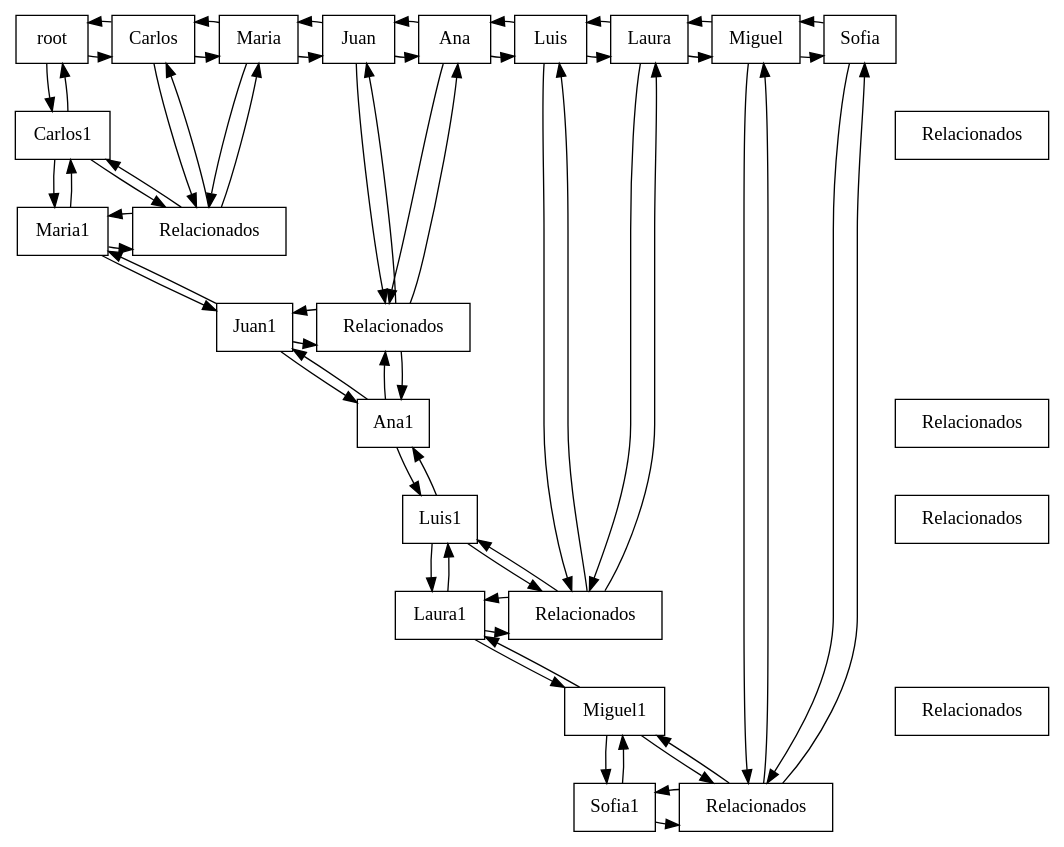
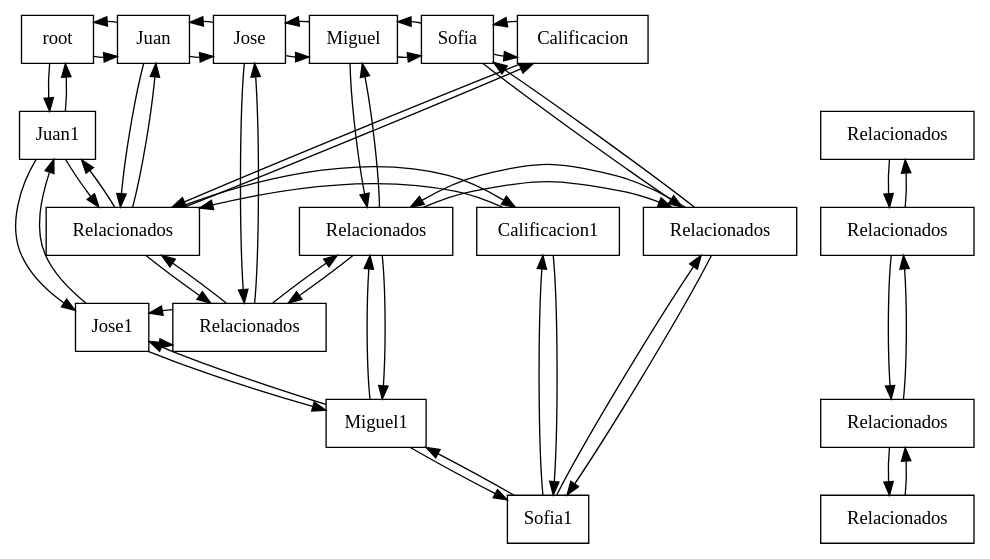
Before and after one commit to TeFxiu/-EDD-Proyecto_202206963: the diagram in Fase 1/cmake-build-debug/Matriz_de_relaciones.dot, drawn with Graphviz. The commit also changed 576 other files, not shown here.

```diff
--- a/Fase 1/cmake-build-debug/Matriz_de_relaciones.dot
+++ b/Fase 1/cmake-build-debug/Matriz_de_relaciones.dot
@@ -1,101 +1,80 @@
 digraph Relaciones{
 node[shape = "box"];
 "Nodoraiz"[label = "root", group ="0"];
-"Nodoraiz"->"NodoCarlos"
-"Nodoraiz"->"NodoCarlos"[dir = back];
-"Nodoraiz"->"NodoCarlos1"
-"Nodoraiz"->"NodoCarlos1"[dir = back];
-"NodoCarlos"[label = "Carlos", group ="0"];
-"NodoCarlos"->"NodoMaria"
-"NodoCarlos"->"NodoMaria"[dir = back];
-"NodoCarlos"->"NodoCarlos1,2,1"
-"NodoCarlos"->"NodoCarlos1,2,1"[dir = back];
-"NodoMaria"[label = "Maria", group ="0"];
-"NodoMaria"->"NodoJuan"
-"NodoMaria"->"NodoJuan"[dir = back];
-"NodoMaria"->"NodoCarlos1,2,1"
-"NodoMaria"->"NodoCarlos1,2,1"[dir = back];
+"Nodoraiz"->"NodoJuan"
+"Nodoraiz"->"NodoJuan"[dir = back];
+"Nodoraiz"->"NodoJuan1"
+"Nodoraiz"->"NodoJuan1"[dir = back];
 "NodoJuan"[label = "Juan", group ="0"];
-"NodoJuan"->"NodoAna"
-"NodoJuan"->"NodoAna"[dir = back];
-"NodoJuan"->"NodoJuan3,4,1"
-"NodoJuan"->"NodoJuan3,4,1"[dir = back];
-"NodoAna"[label = "Ana", group ="0"];
-"NodoAna"->"NodoLuis"
-"NodoAna"->"NodoLuis"[dir = back];
-"NodoAna"->"NodoJuan3,4,1"
-"NodoAna"->"NodoJuan3,4,1"[dir = back];
-"NodoLuis"[label = "Luis", group ="0"];
-"NodoLuis"->"NodoLaura"
-"NodoLuis"->"NodoLaura"[dir = back];
-"NodoLuis"->"NodoLuis5,6,1"
-"NodoLuis"->"NodoLuis5,6,1"[dir = back];
-"NodoLaura"[label = "Laura", group ="0"];
-"NodoLaura"->"NodoMiguel"
-"NodoLaura"->"NodoMiguel"[dir = back];
-"NodoLaura"->"NodoLuis5,6,1"
-"NodoLaura"->"NodoLuis5,6,1"[dir = back];
+"NodoJuan"->"NodoJose"
+"NodoJuan"->"NodoJose"[dir = back];
+"NodoJuan"->"NodoJuan3,11,1"
+"NodoJuan"->"NodoJuan3,11,1"[dir = back];
+"NodoJose"[label = "Jose", group ="0"];
+"NodoJose"->"NodoMiguel"
+"NodoJose"->"NodoMiguel"[dir = back];
+"NodoJose"->"NodoJose7,11,1"
+"NodoJose"->"NodoJose7,11,1"[dir = back];
 "NodoMiguel"[label = "Miguel", group ="0"];
 "NodoMiguel"->"NodoSofia"
 "NodoMiguel"->"NodoSofia"[dir = back];
-"NodoMiguel"->"NodoMiguel9,10,1"
-"NodoMiguel"->"NodoMiguel9,10,1"[dir = back];
+"NodoMiguel"->"NodoMiguel9,11,1"
+"NodoMiguel"->"NodoMiguel9,11,1"[dir = back];
 "NodoSofia"[label = "Sofia", group ="0"];
-"NodoSofia"->"NodoMiguel9,10,1"
-"NodoSofia"->"NodoMiguel9,10,1"[dir = back];
-{rank = same;"Nodoraiz";"NodoCarlos";"NodoMaria";"NodoJuan";"NodoAna";"NodoLuis";"NodoLaura";"NodoMiguel";"NodoSofia"}
-"NodoCarlos1"[label = "Carlos1", group ="1"];
-"NodoCarlos1"->"NodoCarlos1,2,1"
-"NodoCarlos1"->"NodoCarlos1,2,1"[dir = back];
-"NodoCarlos1"->"NodoMaria1"
-"NodoCarlos1"->"NodoMaria1"[dir = back];
-"NodoCarlos1,2,0"[label = " Relacionados", group ="1"];
-{rank = same;"NodoCarlos1";"NodoCarlos1,2,0"}
-"NodoMaria1"[label = "Maria1", group ="2"];
-"NodoMaria1"->"NodoCarlos1,2,1"
-"NodoMaria1"->"NodoCarlos1,2,1"[dir = back];
-"NodoMaria1"->"NodoJuan1"
-"NodoMaria1"->"NodoJuan1"[dir = back];
-"NodoCarlos1,2,1"[label = " Relacionados", group ="2"];
-{rank = same;"NodoMaria1";"NodoCarlos1,2,1"}
-"NodoJuan1"[label = "Juan1", group ="3"];
-"NodoJuan1"->"NodoJuan3,4,1"
-"NodoJuan1"->"NodoJuan3,4,1"[dir = back];
-"NodoJuan1"->"NodoAna1"
-"NodoJuan1"->"NodoAna1"[dir = back];
-"NodoJuan3,4,1"[label = " Relacionados", group ="3"];
-{rank = same;"NodoJuan1";"NodoJuan3,4,1"}
-"NodoAna1"[label = "Ana1", group ="4"];
-"NodoAna1"->"NodoJuan3,4,1"
-"NodoAna1"->"NodoJuan3,4,1"[dir = back];
-"NodoAna1"->"NodoLuis1"
-"NodoAna1"->"NodoLuis1"[dir = back];
-"NodoJuan3,4,0"[label = " Relacionados", group ="4"];
-{rank = same;"NodoAna1";"NodoJuan3,4,0"}
-"NodoLuis1"[label = "Luis1", group ="5"];
-"NodoLuis1"->"NodoLuis5,6,1"
-"NodoLuis1"->"NodoLuis5,6,1"[dir = back];
-"NodoLuis1"->"NodoLaura1"
-"NodoLuis1"->"NodoLaura1"[dir = back];
-"NodoLuis5,6,0"[label = " Relacionados", group ="5"];
-{rank = same;"NodoLuis1";"NodoLuis5,6,0"}
-"NodoLaura1"[label = "Laura1", group ="6"];
-"NodoLaura1"->"NodoLuis5,6,1"
-"NodoLaura1"->"NodoLuis5,6,1"[dir = back];
-"NodoLaura1"->"NodoMiguel1"
-"NodoLaura1"->"NodoMiguel1"[dir = back];
-"NodoLuis5,6,1"[label = " Relacionados", group ="6"];
-{rank = same;"NodoLaura1";"NodoLuis5,6,1"}
-"NodoMiguel1"[label = "Miguel1", group ="7"];
-"NodoMiguel1"->"NodoMiguel9,10,1"
-"NodoMiguel1"->"NodoMiguel9,10,1"[dir = back];
+"NodoSofia"->"NodoCalificacion"
+"NodoSofia"->"NodoCalificacion"[dir = back];
+"NodoSofia"->"NodoSofia10,11,1"
+"NodoSofia"->"NodoSofia10,11,1"[dir = back];
+"NodoCalificacion"[label = "Calificacion", group ="0"];
+"NodoCalificacion"->"NodoJuan3,11,1"
+"NodoCalificacion"->"NodoJuan3,11,1"[dir = back];
+{rank = same;"Nodoraiz";"NodoJuan";"NodoJose";"NodoMiguel";"NodoSofia";"NodoCalificacion"}
+"NodoJuan1"[label = "Juan1", group ="1"];
+"NodoJuan1"->"NodoJuan3,11,1"
+"NodoJuan1"->"NodoJuan3,11,1"[dir = back];
+"NodoJuan1"->"NodoJose1"
+"NodoJuan1"->"NodoJose1"[dir = back];
+"NodoJuan3,11,0"[label = " Relacionados", group ="1"];
+"NodoJuan3,11,0"->"NodoJose7,11,0"
+"NodoJuan3,11,0"->"NodoJose7,11,0"[dir = back];
+{rank = same;"NodoJuan1";"NodoJuan3,11,0"}
+"NodoJose1"[label = "Jose1", group ="2"];
+"NodoJose1"->"NodoJose7,11,1"
+"NodoJose1"->"NodoJose7,11,1"[dir = back];
+"NodoJose1"->"NodoMiguel1"
+"NodoJose1"->"NodoMiguel1"[dir = back];
+"NodoJose7,11,1"[label = " Relacionados", group ="2"];
+"NodoJose7,11,1"->"NodoMiguel9,11,1"
+"NodoJose7,11,1"->"NodoMiguel9,11,1"[dir = back];
+{rank = same;"NodoJose1";"NodoJose7,11,1"}
+"NodoMiguel1"[label = "Miguel1", group ="3"];
+"NodoMiguel1"->"NodoMiguel9,11,1"
+"NodoMiguel1"->"NodoMiguel9,11,1"[dir = back];
 "NodoMiguel1"->"NodoSofia1"
 "NodoMiguel1"->"NodoSofia1"[dir = back];
-"NodoMiguel9,10,0"[label = " Relacionados", group ="7"];
-{rank = same;"NodoMiguel1";"NodoMiguel9,10,0"}
-"NodoSofia1"[label = "Sofia1", group ="8"];
-"NodoSofia1"->"NodoMiguel9,10,1"
-"NodoSofia1"->"NodoMiguel9,10,1"[dir = back];
-"NodoMiguel9,10,1"[label = " Relacionados", group ="8"];
-{rank = same;"NodoSofia1";"NodoMiguel9,10,1"}
+"NodoMiguel9,11,0"[label = " Relacionados", group ="3"];
+"NodoMiguel9,11,0"->"NodoSofia10,11,0"
+"NodoMiguel9,11,0"->"NodoSofia10,11,0"[dir = back];
+{rank = same;"NodoMiguel1";"NodoMiguel9,11,0"}
+"NodoSofia1"[label = "Sofia1", group ="4"];
+"NodoSofia1"->"NodoSofia10,11,1"
+"NodoSofia1"->"NodoSofia10,11,1"[dir = back];
+"NodoSofia1"->"NodoCalificacion1"
+"NodoSofia1"->"NodoCalificacion1"[dir = back];
+"NodoSofia10,11,0"[label = " Relacionados", group ="4"];
+{rank = same;"NodoSofia1";"NodoSofia10,11,0"}
+"NodoCalificacion1"[label = "Calificacion1", group ="5"];
+"NodoCalificacion1"->"NodoJuan3,11,1"
+"NodoCalificacion1"->"NodoJuan3,11,1"[dir = back];
+"NodoJuan3,11,1"[label = " Relacionados", group ="5"];
+"NodoJuan3,11,1"->"NodoJose7,11,1"
+"NodoJuan3,11,1"->"NodoJose7,11,1"[dir = back];
+"NodoJose7,11,0"[label = " Relacionados", group ="5"];
+"NodoJose7,11,0"->"NodoMiguel9,11,0"
+"NodoJose7,11,0"->"NodoMiguel9,11,0"[dir = back];
+"NodoMiguel9,11,1"[label = " Relacionados", group ="5"];
+"NodoMiguel9,11,1"->"NodoSofia10,11,1"
+"NodoMiguel9,11,1"->"NodoSofia10,11,1"[dir = back];
+"NodoSofia10,11,1"[label = " Relacionados", group ="5"];
+{rank = same;"NodoCalificacion1";"NodoJuan3,11,1";"NodoJose7,11,0";"NodoMiguel9,11,1";"NodoSofia10,11,1"}
 }
```
